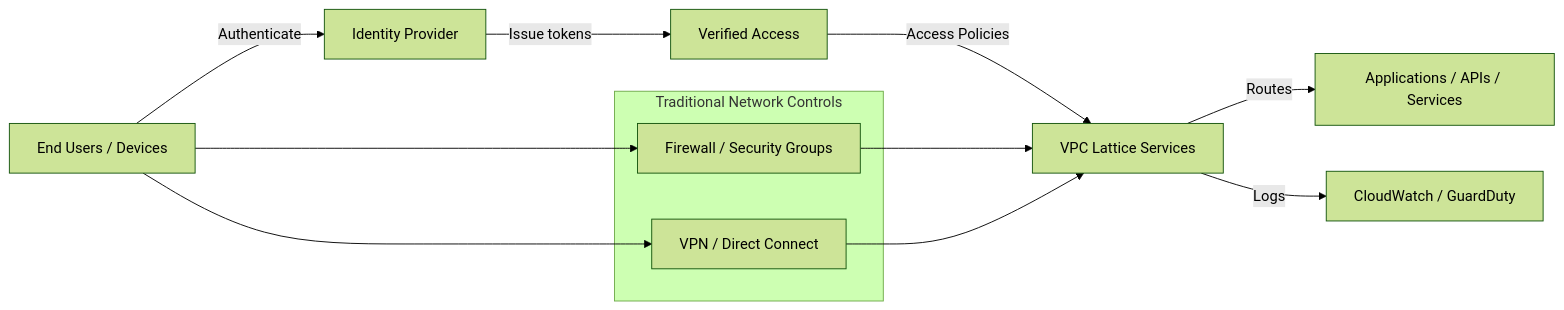
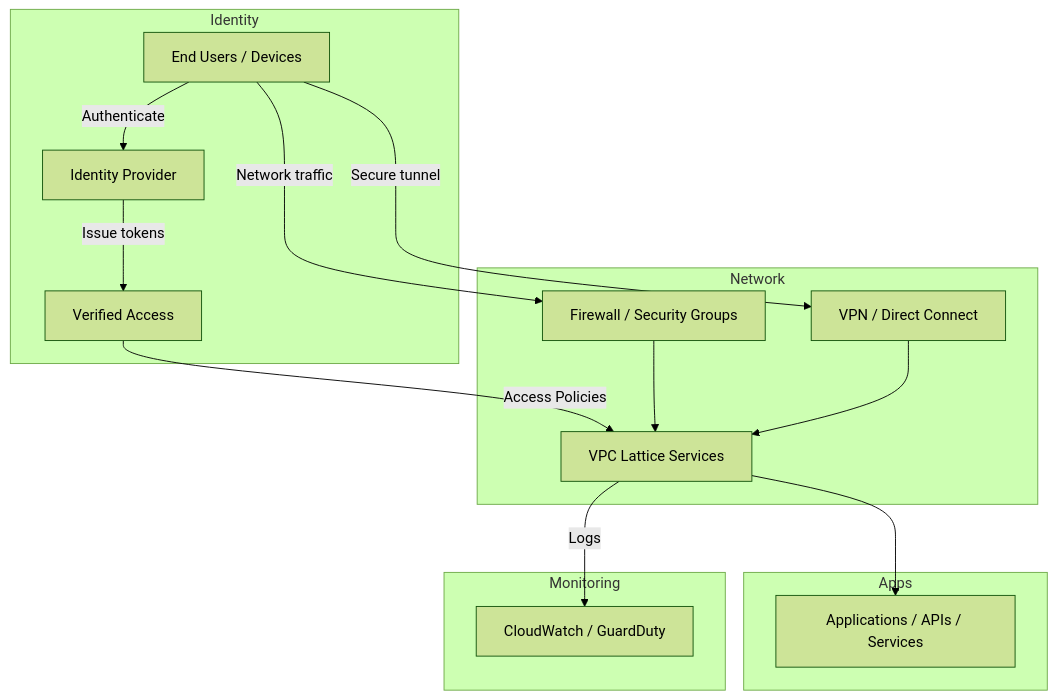
Before and after one commit to xaviermotley/zero-trust-cloud-network: the diagram in README.md, drawn with Mermaid (forest theme). The commit also changed other lines of this file, not shown here.

First line of the commit message:
Revise README for improved Improve architecture diagram readabilityclarity and organization

````diff
--- a/README.md
+++ b/README.md
@@ -21,14 +17,28 @@
-```mermaid
-graph LR
-    User[End Users / Devices] -->|Authenticate| IdP[Identity Provider]
-    IdP -->|Issue tokens| AWSVerifiedAccess[Verified Access]
-    AWSVerifiedAccess -->|Access Policies| App[VPC Lattice Services]
-    App -->|Routes| Resources[Applications / APIs / Services]
-    subgraph Traditional Network Controls
-        Firewall[Firewall / Security Groups]
-        VPN[VPN / Direct Connect]
-    end
-    User --> Firewall --> App
-    User --> VPN --> App
-    App -->|Logs| Monitoring[CloudWatch / GuardDuty]
-```
+```mermaid  
+graph TD  
+    %% Identity and Access  
+    subgraph Identity  
+        User[End Users / Devices]  
+        IdP[Identity Provider]  
+        Verified[Verified Access]  
+    end  
+    %% Network Layer  
+    subgraph Network  
+        Firewall[Firewall / Security Groups]  
+        VPN[VPN / Direct Connect]  
+        VPC[VPC Lattice Services]  
+    end  
+    %% Applications and Monitoring  
+    subgraph Apps  
+        Resources[Applications / APIs / Services]  
+    end  
+    subgraph Monitoring  
+        Logs[CloudWatch / GuardDuty]  
+    end  
+
+    User -->|Authenticate| IdP -->|Issue tokens| Verified -->|Access Policies| VPC  
+    User -->|Network traffic| Firewall --> VPC  
+    User -->|Secure tunnel| VPN --> VPC  
+    VPC --> Resources  
+    VPC -->|Logs| Logs  
+```  
````
